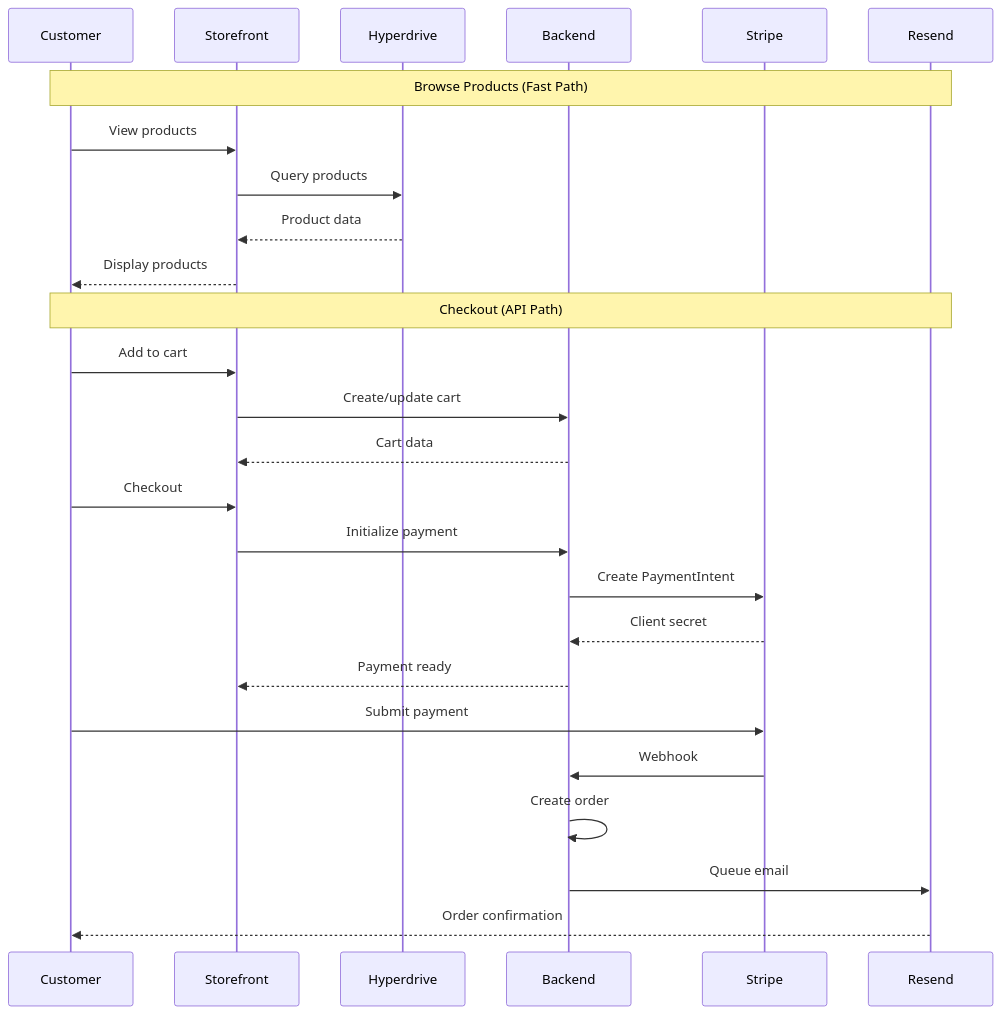
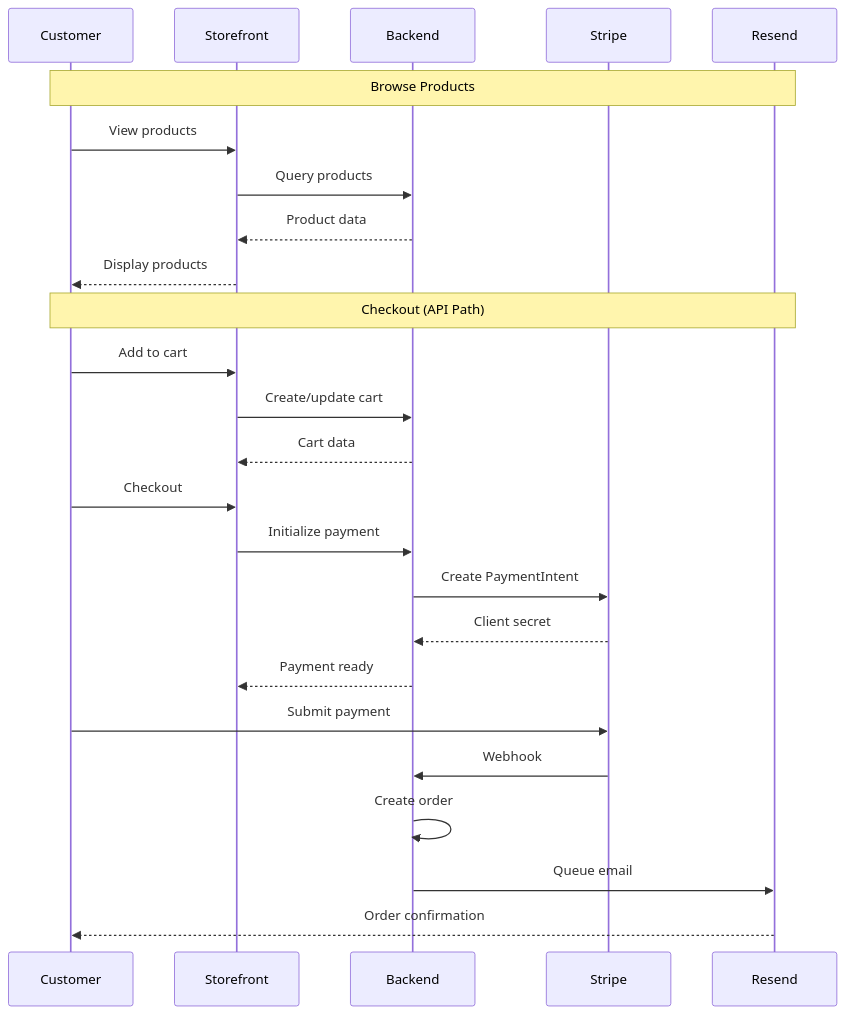
One commit to builderbuilds123/gracestowel changed the fifth of 5 diagrams in docs/architecture/integrations.md. Above: the diagram before and after it, drawn with Mermaid. The commit also changed other lines of this file and 38 other files, not shown here.

````diff
--- a/docs/architecture/integrations.md
+++ b/docs/architecture/integrations.md
@@ -361,32 +305,31 @@
 ```mermaid
 sequenceDiagram
     participant C as Customer
     participant SF as Storefront
-    participant HD as Hyperdrive
     participant BE as Backend
     participant S as Stripe
     participant R as Resend
 
-    Note over C,R: Browse Products (Fast Path)
+    Note over C,R: Browse Products
     C->>SF: View products
-    SF->>HD: Query products
-    HD-->>SF: Product data
+    SF->>BE: Query products
+    BE-->>SF: Product data
     SF-->>C: Display products
 
     Note over C,R: Checkout (API Path)
     C->>SF: Add to cart
     SF->>BE: Create/update cart
     BE-->>SF: Cart data
     
     C->>SF: Checkout
     SF->>BE: Initialize payment
     BE->>S: Create PaymentIntent
     S-->>BE: Client secret
     BE-->>SF: Payment ready
     
     C->>S: Submit payment
     S->>BE: Webhook
     BE->>BE: Create order
     BE->>R: Queue email
     R-->>C: Order confirmation
 ```
````
